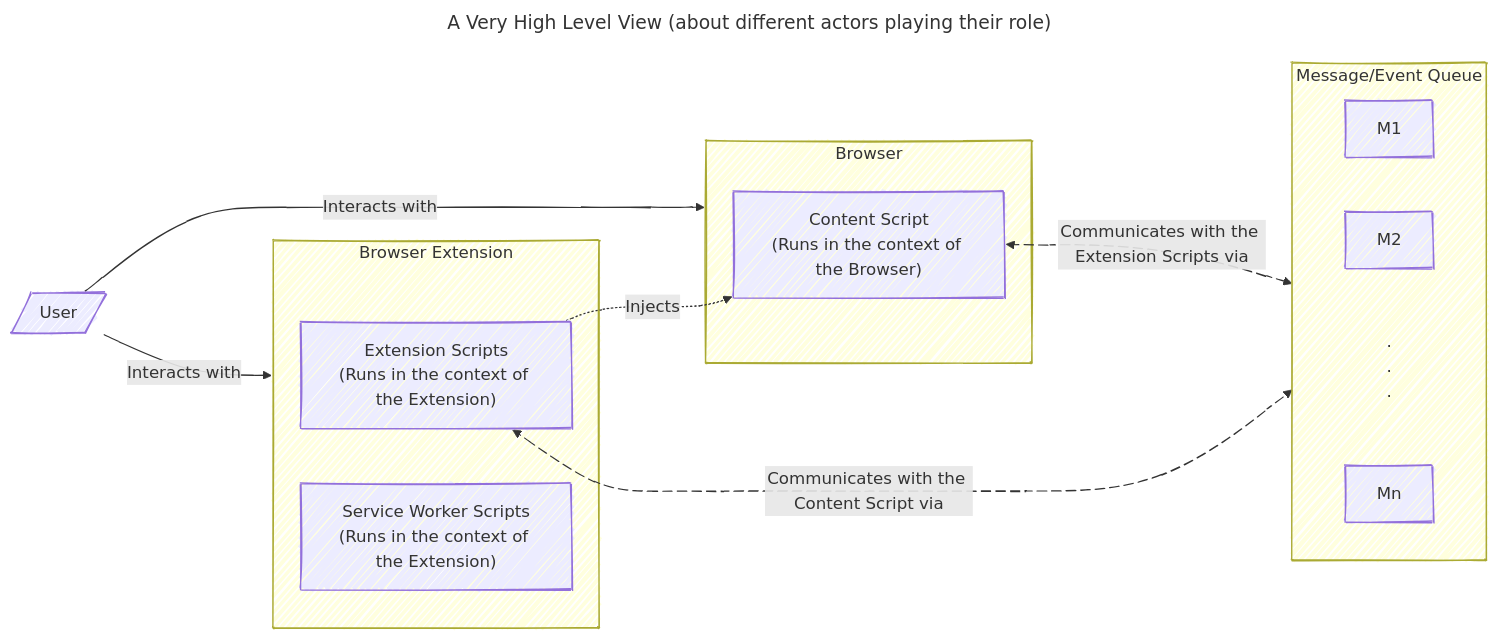
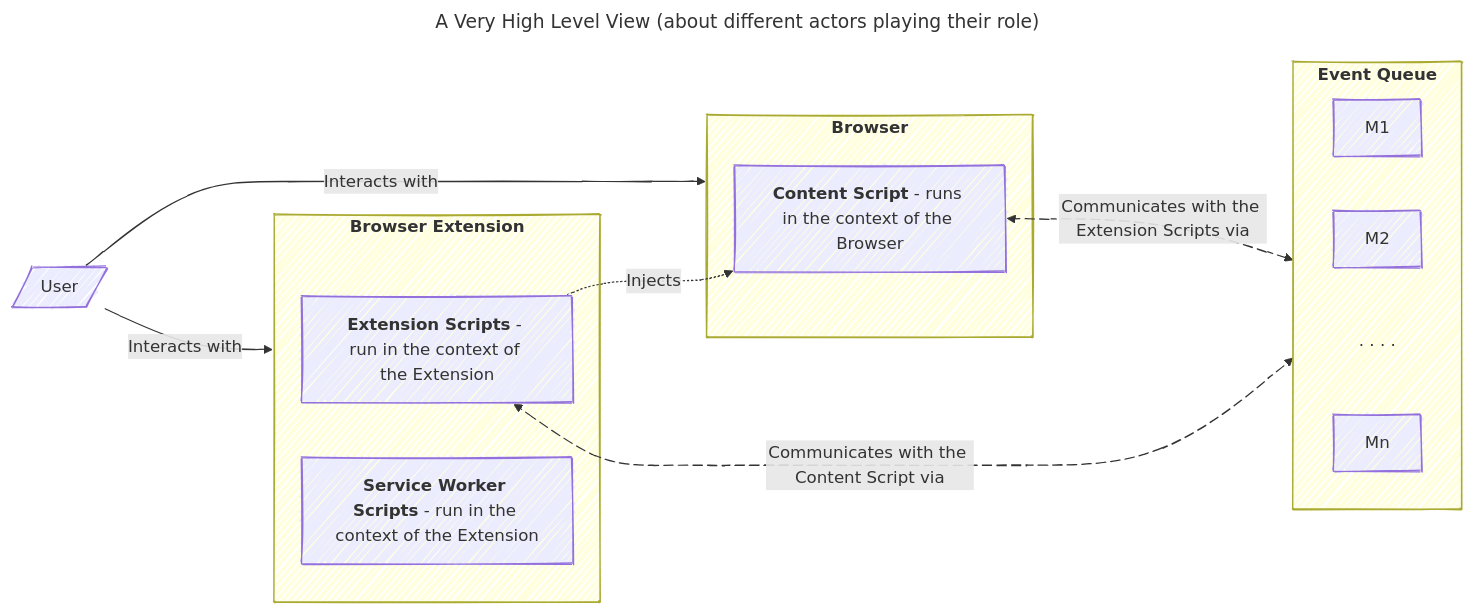
One commit to SantoshKShettyApps/git-flow-2-forked changed the first of 4 diagrams in README.md. Above: the diagram before and after it, drawn with Mermaid.

````diff
--- a/README.md
+++ b/README.md
@@ -7,33 +7,31 @@
 ```mermaid
 ---
 title: A Very High Level View (about different actors playing their role)
 config:
   look: handDrawn
 ---
 %%{init: {"flowchart": {"diagramPadding": 150}}}%%
 graph LR
-  subgraph B [Browser]
-    CS["Content Script\n(Runs in the context of the Browser)"]
+  subgraph B ["`**Browser**`"]
+    CS["`**Content Script** - runs in the context of the Browser`"]
   end
-  subgraph BE [Browser Extension]
-    ES["Extension Scripts\n(Runs in the context of the Extension)"]
-    SW["Service Worker Scripts\n(Runs in the context of the Extension)"]
+  subgraph BE ["`**Browser Extension**`"]
+    ES["`**Extension Scripts** - run in the context of the Extension`"]
+    SW["`**Service Worker Scripts** - run in the context of the Extension`"]
   end
-  subgraph MQ [Message/Event Queue]
+  subgraph MQ ["`**Event Queue**`"]
     direction LR
     M1
     M2
-    M@{ shape: text, label: ".\n.\n." }
+    M@{ shape: text, label: ". . . ." }
     Mn
   end
 
   U[/User/] --> |Interacts with| B
   U --> |Interacts with| BE
   ES -.-> |Injects| CS
   CS e1@<--> |Communicates with the Extension Scripts via| MQ
   ES e2@<--> |Communicates with the Content Script via| MQ
   e1@{ animate: true }
   e2@{ animate: true }
-  classDef flowchartPadder paddingBottom: 100
-  class MQ flowchartPadder
 ```
````
